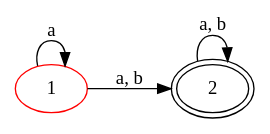
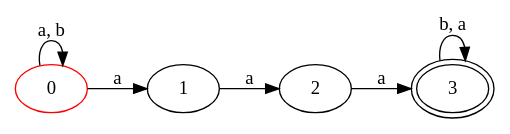
Before and after one commit to 3laa-NA/INFO: the diagram in IN05_(Python)/Fichiers Python fournis-20231025/affichage.dot, drawn with Graphviz. The commit also changed 8 other files, not shown here.

```diff
--- a/IN05_(Python)/Fichiers Python fournis-20231025/affichage.dot
+++ b/IN05_(Python)/Fichiers Python fournis-20231025/affichage.dot
@@ -1,8 +1,12 @@
 digraph a {
  rankdir=LR
-1[ label ="1", color=red ];
-1 -> 2 [ label = "a, b" ];
-1 -> 1 [ label = "a" ];
-2[ label ="2",peripheries=2 ];
-2 -> 2 [ label = "a, b" ];
+0[ label ="0", color=red ];
+0 -> 0 [ label = "a, b" ];
+0 -> 1 [ label = "a" ];
+1[ label ="1",];
+1 -> 2 [ label = "a" ];
+2[ label ="2",];
+2 -> 3 [ label = "a" ];
+3[ label ="3",peripheries=2 ];
+3 -> 3 [ label = "b, a" ];
 }
```
